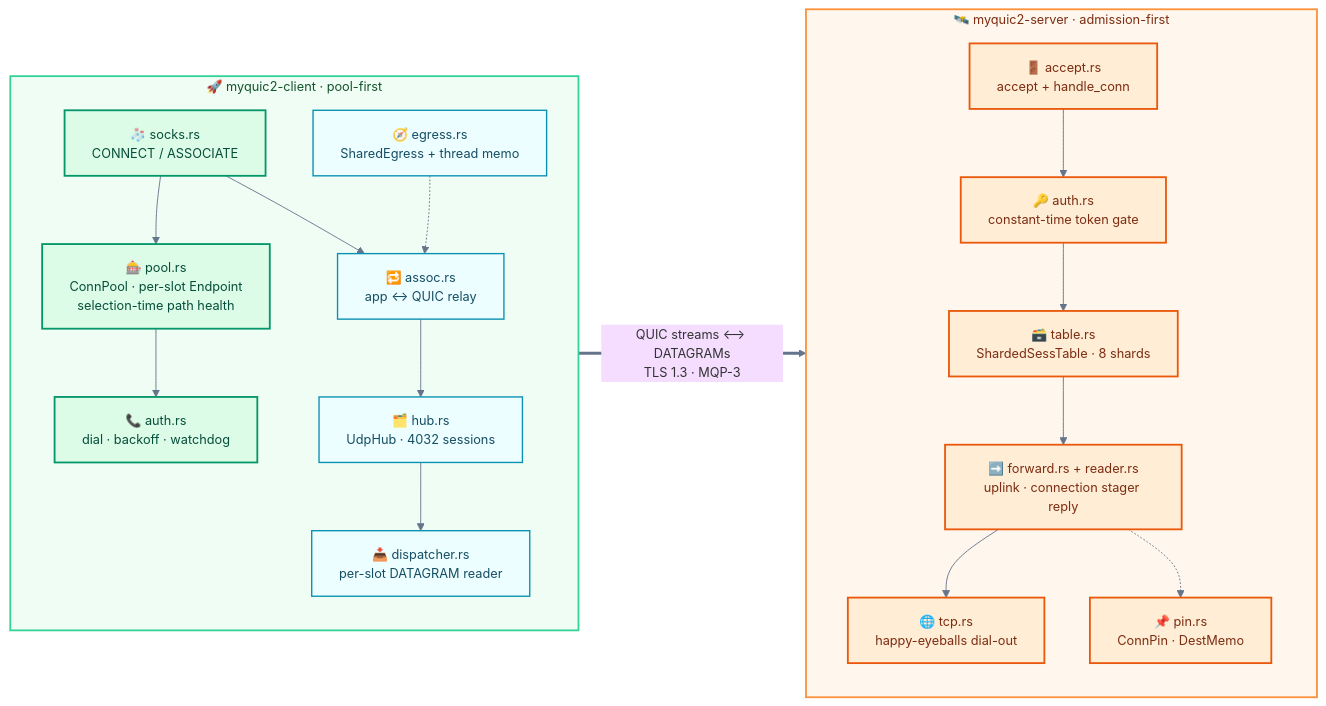
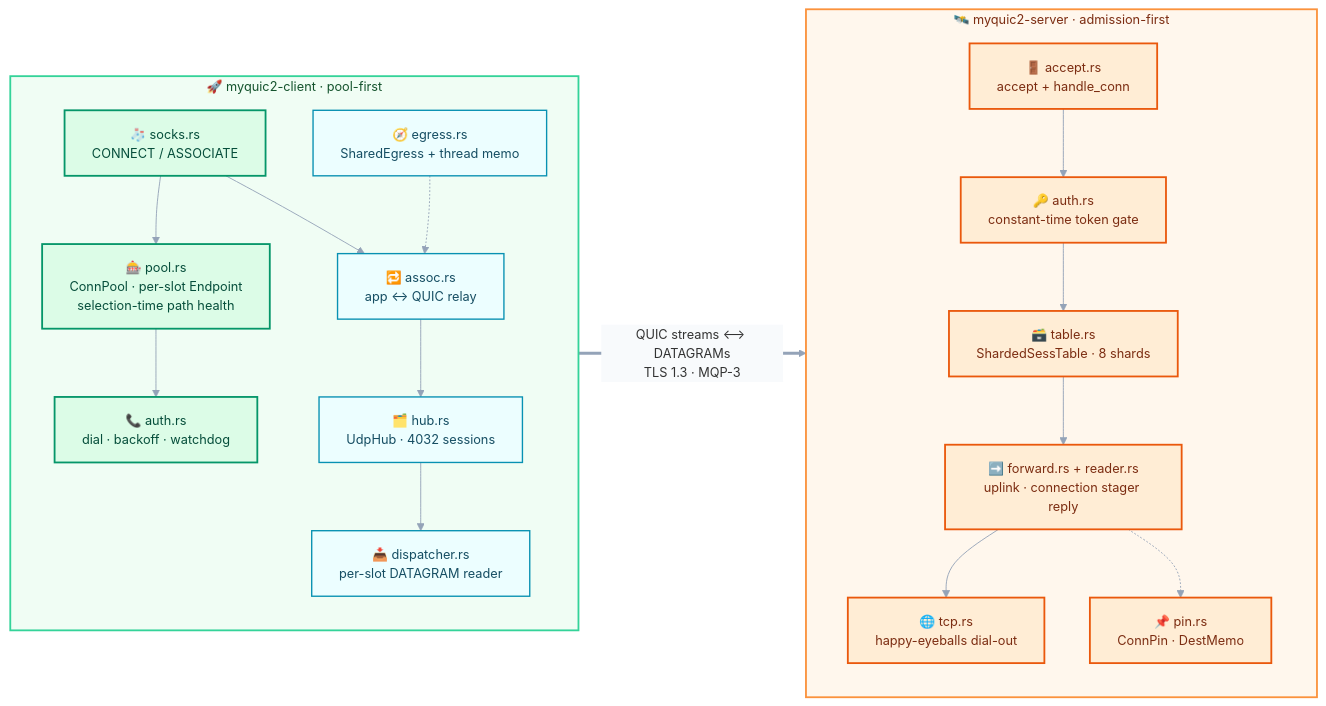
One commit to Terutoki/MyQUIC2 changed the eighth of 31 diagrams in README.md. Above: the diagram before and after it, drawn with Mermaid. The commit also changed other lines of this file and 14 other files, not shown here.

First line of the commit message:
docs(readme): remove static art and redraw Mermaid atlas

````diff
--- a/README.md
+++ b/README.md
@@ -1136,43 +1141,45 @@
 ```mermaid
-%%{init: {"theme":"base","themeVariables":{"fontSize":"14px","lineColor":"#64748b"}}}%%
+%%{init: {"theme":"base","themeVariables":{"fontSize":"14px","lineColor":"#94a3b8","textColor":"#0f172a","edgeLabelBackground":"#f8fafc"}}}%%
 flowchart LR
+    accTitle: End-to-end module map
+    accDescr: Client modules are pool-first and server modules are admission-first, meeting at the shared QUIC and MQP-3 transport.
     subgraph CLI["🚀  myquic2-client · pool-first"]
         direction TB
         SOCKS["🧦 socks.rs<br/>CONNECT / ASSOCIATE"]
         POOL["🎰 pool.rs<br/>ConnPool · per-slot Endpoint<br/>selection-time path health"]
         EGRESS["🧭 egress.rs<br/>SharedEgress + thread memo"]
         HUB["🗂️ hub.rs<br/>UdpHub · 4032 sessions"]
         ASSOC["🔁 assoc.rs<br/>app ↔ QUIC relay"]
         DISP["📥 dispatcher.rs<br/>per-slot DATAGRAM reader"]
         AUTHC["📞 auth.rs<br/>dial · backoff · watchdog"]
         SOCKS --> POOL
         SOCKS --> ASSOC
         POOL --> AUTHC
         ASSOC --> HUB
         HUB --> DISP
         EGRESS -.-> ASSOC
     end
     subgraph SRV["🛰️  myquic2-server · admission-first"]
         direction TB
         ACC["🚪 accept.rs<br/>accept + handle_conn"]
         AUTHX["🔑 auth.rs<br/>constant-time token gate"]
         TABLE["🗃️ table.rs<br/>ShardedSessTable · 8 shards"]
         FWD["➡️ forward.rs + reader.rs<br/>uplink · connection stager reply"]
         TCPS["🌐 tcp.rs<br/>happy-eyeballs dial-out"]
         PIN["📌 pin.rs<br/>ConnPin · DestMemo"]
         ACC --> AUTHX
         AUTHX --> TABLE
         TABLE --> FWD
         FWD --> TCPS
         FWD -.-> PIN
     end
     CLI ==>|"QUIC streams ⟷ DATAGRAMs<br/>TLS 1.3 · MQP-3"| SRV
     style CLI fill:#f0fdf4,stroke:#34d399,stroke-width:2px,color:#14532d
     style SRV fill:#fff7ed,stroke:#fb923c,stroke-width:2px,color:#7c2d12
-    classDef cli fill:#dcfce7,stroke:#059669,stroke-width:2px,color:#064e3b
-    classDef cli2 fill:#ecfeff,stroke:#0891b2,stroke-width:1.5px,color:#164e63
-    classDef srv fill:#ffedd5,stroke:#ea580c,stroke-width:2px,color:#7c2d12
-    class SOCKS,POOL,AUTHC cli
-    class EGRESS,HUB,ASSOC,DISP cli2
-    class ACC,AUTHX,TABLE,FWD,TCPS,PIN srv
+    classDef edge fill:#dcfce7,stroke:#059669,stroke-width:2px,color:#064e3b
+    classDef wire fill:#ecfeff,stroke:#0891b2,stroke-width:1.5px,color:#164e63
+    classDef exit fill:#ffedd5,stroke:#ea580c,stroke-width:2px,color:#7c2d12
+    class SOCKS,POOL,AUTHC edge
+    class EGRESS,HUB,ASSOC,DISP wire
+    class ACC,AUTHX,TABLE,FWD,TCPS,PIN exit
 ```
````
